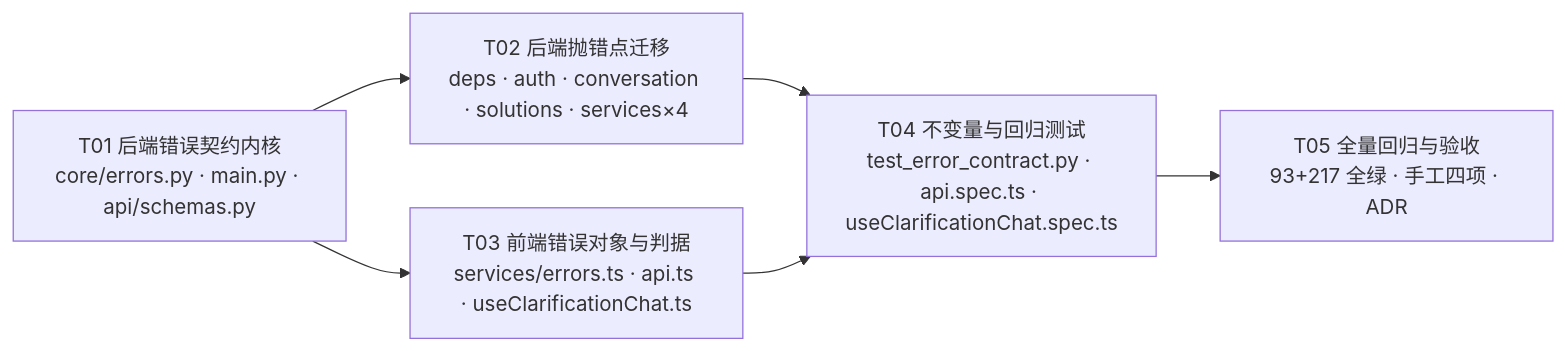
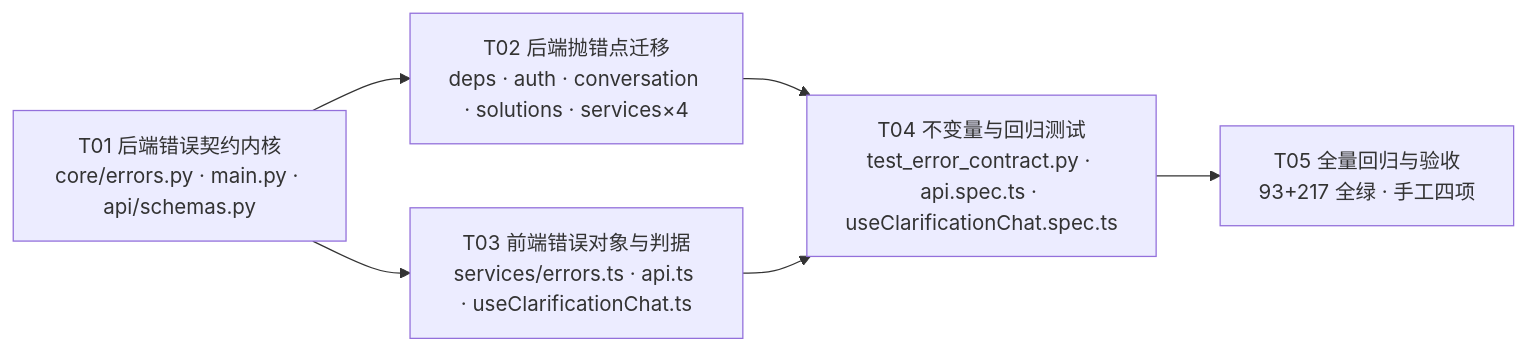
The third of 5 diagrams in docs/architecture/v2/ARCHITECTURE.md (Jenlybein/PRDwright), drawn with Mermaid before and after one commit. The commit also changed other lines of this file and 223 other files, not shown here.

````diff
--- a/docs/architecture/v2/ARCHITECTURE.md
+++ b/docs/architecture/v2/ARCHITECTURE.md
@@ -486,14 +486,14 @@
 ```mermaid
 graph LR
     T01["T01 后端错误契约内核<br/>core/errors.py · main.py · api/schemas.py"]
     T02["T02 后端抛错点迁移<br/>deps · auth · conversation · solutions · services×4"]
     T03["T03 前端错误对象与判据<br/>services/errors.ts · api.ts · useClarificationChat.ts"]
     T04["T04 不变量与回归测试<br/>test_error_contract.py · api.spec.ts · useClarificationChat.spec.ts"]
-    T05["T05 全量回归与验收<br/>93+217 全绿 · 手工四项 · ADR"]
+    T05["T05 全量回归与验收<br/>93+217 全绿 · 手工四项"]
 
     T01 --> T02
     T01 --> T03
     T02 --> T04
     T03 --> T04
     T04 --> T05
 ```
````
